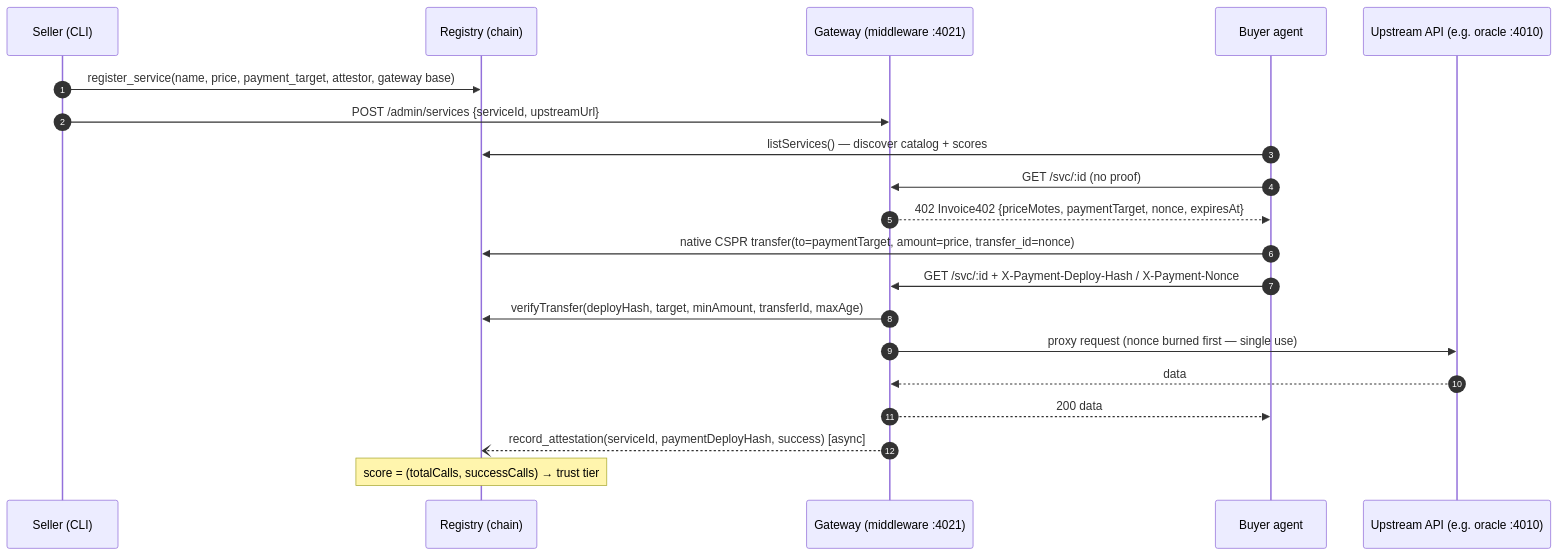
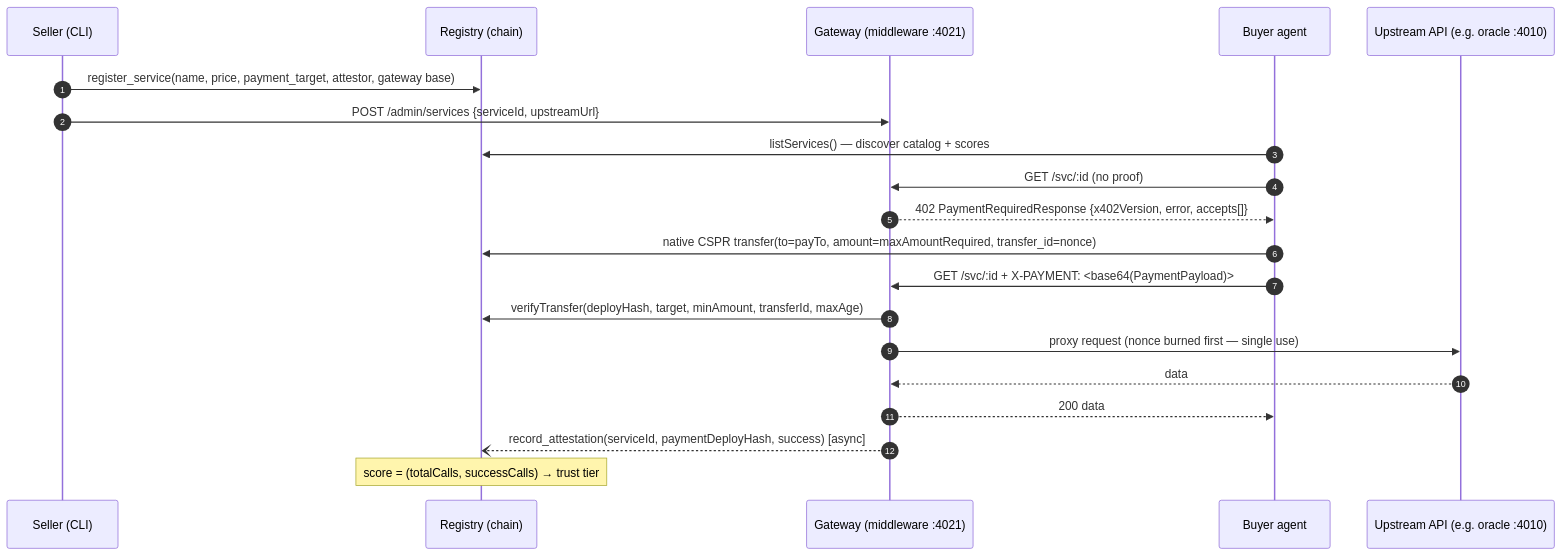
The first of 2 diagrams in docs/ARCHITECTURE.md (mdlog/AgentGate), drawn with Mermaid before and after one commit. The commit also changed other lines of this file and 10 other files, not shown here.

````diff
--- a/docs/ARCHITECTURE.md
+++ b/docs/ARCHITECTURE.md
@@ -10,23 +10,23 @@
 ```mermaid
 sequenceDiagram
     autonumber
     participant S as Seller (CLI)
     participant R as Registry (chain)
     participant G as Gateway (middleware :4021)
     participant B as Buyer agent
     participant U as Upstream API (e.g. oracle :4010)
 
     S->>R: register_service(name, price, payment_target, attestor, gateway base)
     S->>G: POST /admin/services {serviceId, upstreamUrl}
     B->>R: listServices() — discover catalog + scores
     B->>G: GET /svc/:id (no proof)
-    G-->>B: 402 Invoice402 {priceMotes, paymentTarget, nonce, expiresAt}
-    B->>R: native CSPR transfer(to=paymentTarget, amount=price, transfer_id=nonce)
-    B->>G: GET /svc/:id + X-Payment-Deploy-Hash / X-Payment-Nonce
+    G-->>B: 402 PaymentRequiredResponse {x402Version, error, accepts[]}
+    B->>R: native CSPR transfer(to=payTo, amount=maxAmountRequired, transfer_id=nonce)
+    B->>G: GET /svc/:id + X-PAYMENT: <base64(PaymentPayload)>
     G->>R: verifyTransfer(deployHash, target, minAmount, transferId, maxAge)
     G->>U: proxy request (nonce burned first — single use)
     U-->>G: data
     G-->>B: 200 data
     G--)R: record_attestation(serviceId, paymentDeployHash, success) [async]
     Note over R: score = (totalCalls, successCalls) → trust tier
 ```
````
